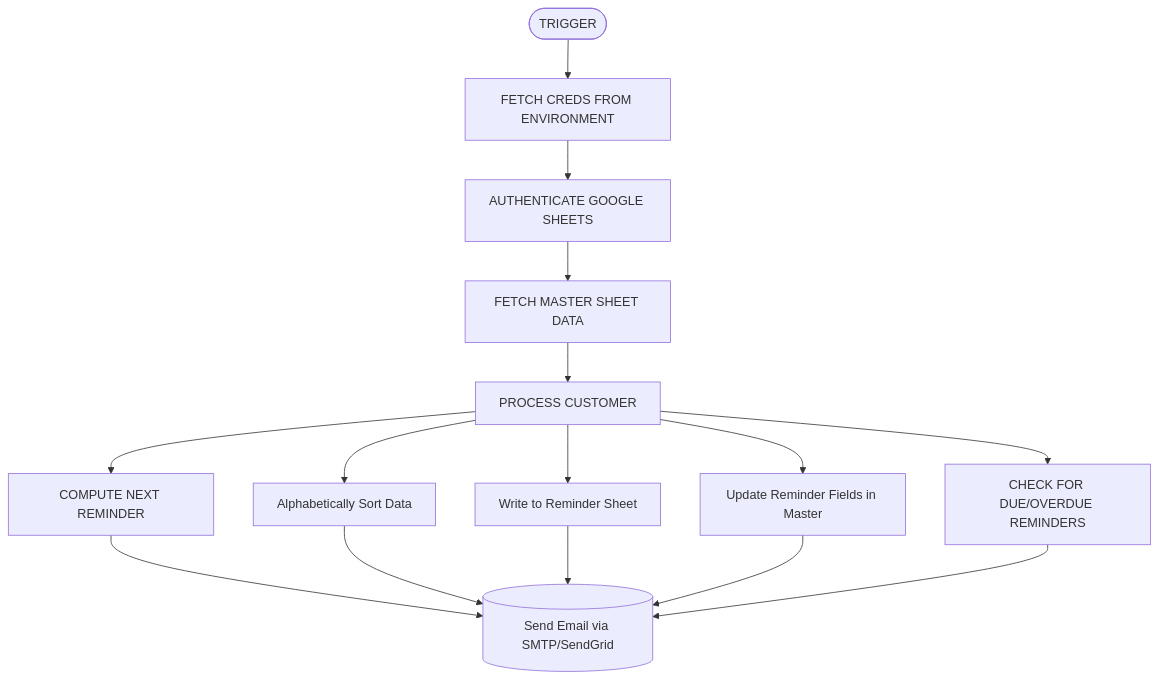
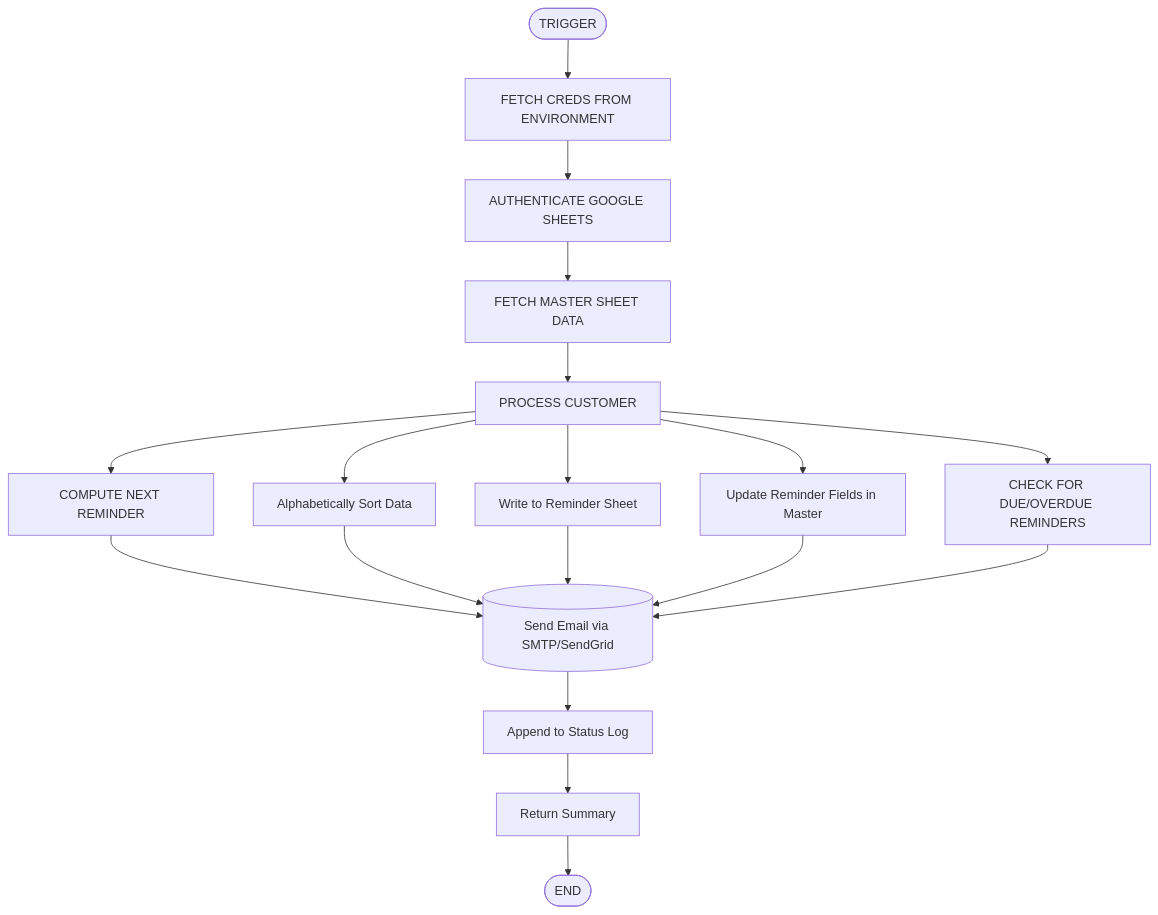
One commit to Hnn3y/RGAC_Reminder changed the diagram in Readme.md. Above: the diagram before and after it, drawn with Mermaid.

````diff
--- a/Readme.md
+++ b/Readme.md
@@ -3,17 +3,20 @@
 ```mermaid
 flowchart TD
    A([TRIGGER]) --> B[FETCH CREDS FROM ENVIRONMENT]
    B --> C[AUTHENTICATE GOOGLE SHEETS]
    C --> D[FETCH MASTER SHEET DATA]
    D --> E[PROCESS CUSTOMER]
    E --> F[COMPUTE NEXT REMINDER]
    E --> G[Alphabetically Sort Data]
    E --> H[Write to Reminder Sheet]
    E --> I[Update Reminder Fields in Master]
    E --> J[CHECK FOR DUE/OVERDUE REMINDERS]
    F --> K[(Send Email via SMTP/SendGrid)]
    G --> K
    H --> K
    I --> K
    J --> K
+   K --> L[Append to Status Log]
+   L --> M[Return Summary]
+   M --> N([END])
 ```
````
